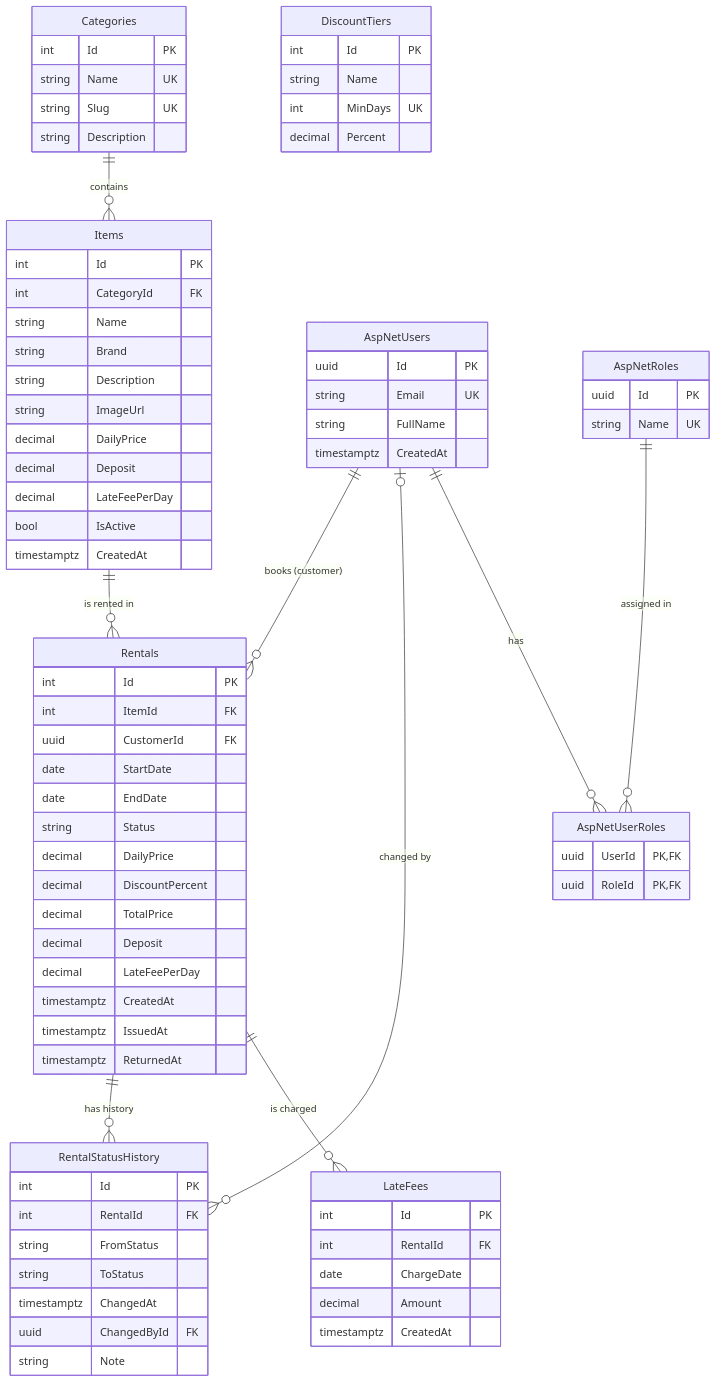
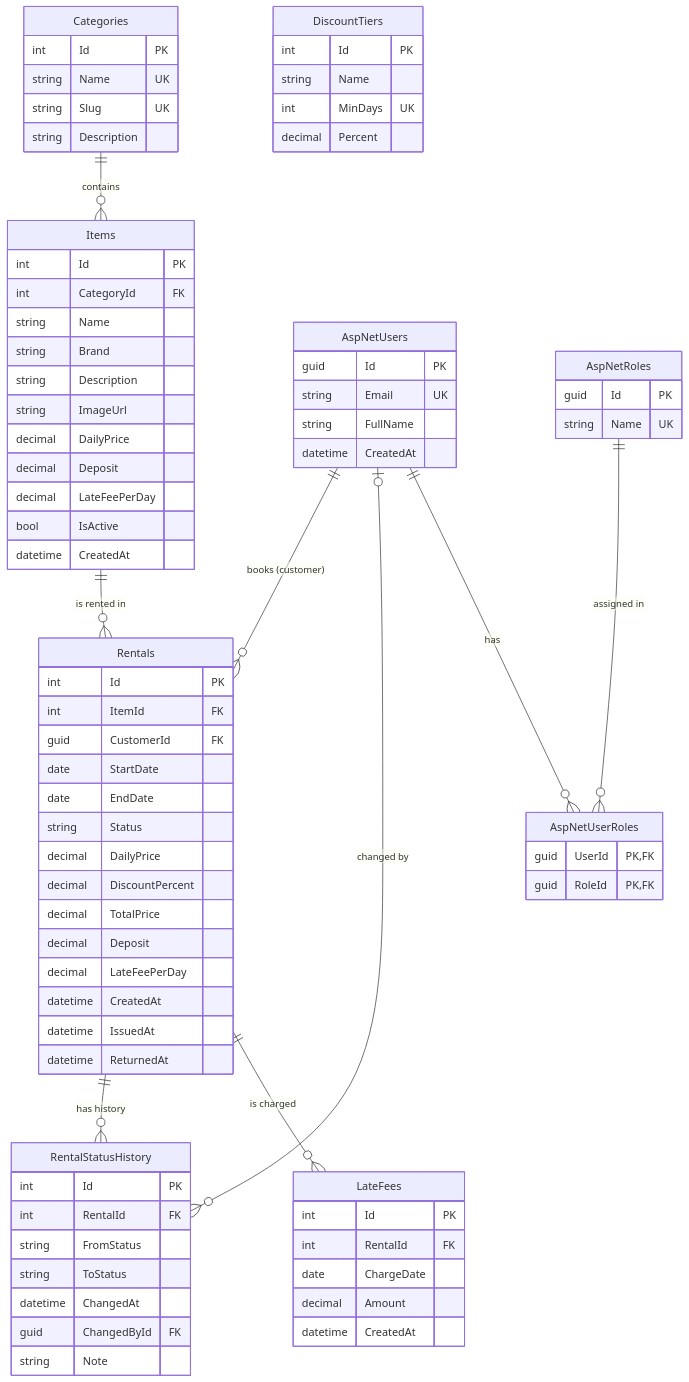
The first of 2 diagrams in docs/er-diagram.md (maksimts-kool/prokat-hub), drawn with Mermaid before and after one commit. The commit also changed other lines of this file and 30 other files, not shown here.

````diff
--- a/docs/er-diagram.md
+++ b/docs/er-diagram.md
@@ -32,12 +32,12 @@
         decimal Deposit
         decimal LateFeePerDay
         bool IsActive
-        timestamptz CreatedAt
+        datetime CreatedAt
     }
     Rentals {
         int Id PK
         int ItemId FK
-        uuid CustomerId FK
+        guid CustomerId FK
         date StartDate
         date EndDate
         string Status
@@ -46,17 +46,17 @@
         decimal TotalPrice
         decimal Deposit
         decimal LateFeePerDay
-        timestamptz CreatedAt
-        timestamptz IssuedAt
-        timestamptz ReturnedAt
+        datetime CreatedAt
+        datetime IssuedAt
+        datetime ReturnedAt
     }
     RentalStatusHistory {
         int Id PK
         int RentalId FK
         string FromStatus
         string ToStatus
-        timestamptz ChangedAt
-        uuid ChangedById FK
+        datetime ChangedAt
+        guid ChangedById FK
         string Note
     }
     LateFees {
@@ -64,7 +64,7 @@
         int RentalId FK
         date ChargeDate
         decimal Amount
-        timestamptz CreatedAt
+        datetime CreatedAt
     }
     DiscountTiers {
         int Id PK
@@ -73,17 +73,17 @@
         decimal Percent
     }
     AspNetUsers {
-        uuid Id PK
+        guid Id PK
         string Email UK
         string FullName
-        timestamptz CreatedAt
+        datetime CreatedAt
     }
     AspNetRoles {
-        uuid Id PK
+        guid Id PK
         string Name UK
     }
     AspNetUserRoles {
-        uuid UserId PK, FK
-        uuid RoleId PK, FK
+        guid UserId PK, FK
+        guid RoleId PK, FK
     }
 ```
````
